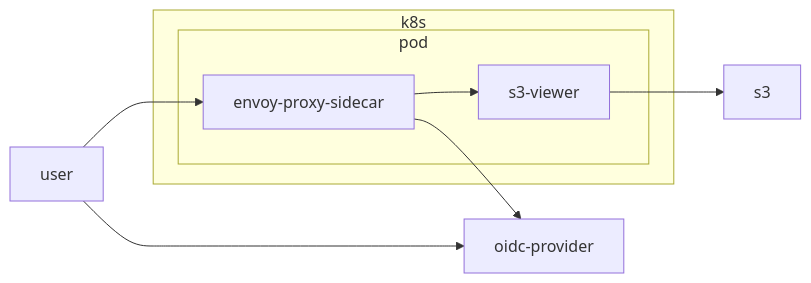
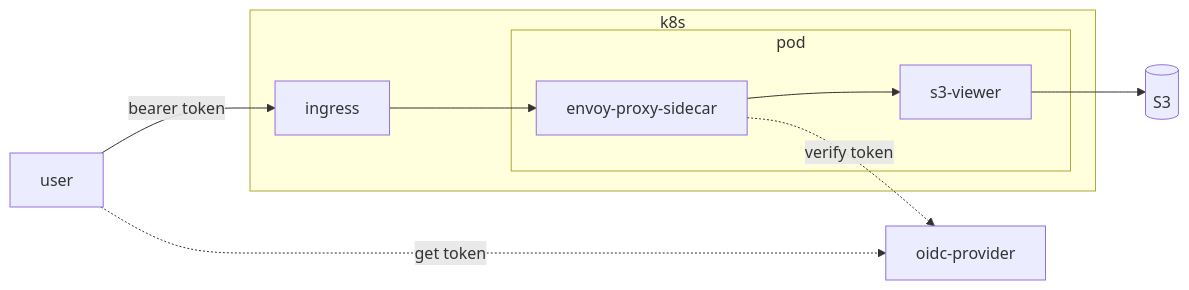
One commit to Debanshusam/s3-viewer-demo changed the diagram in readme.md. Above: the diagram before and after it, drawn with Mermaid. The commit also changed other lines of this file, not shown here.

````diff
--- a/readme.md
+++ b/readme.md
@@ -3,12 +3,16 @@
 ``` mermaid
 flowchart LR
     subgraph k8s
+        ingress
+        ingress-->envoy-proxy-sidecar
         subgraph pod
+            
             envoy-proxy-sidecar-->s3-viewer
         end
     end
-    user-->envoy-proxy-sidecar
-    user-->oidc-provider
-    envoy-proxy-sidecar-->oidc-provider
+    user-->|bearer token|ingress
+    user-.get token.->oidc-provider
+    envoy-proxy-sidecar-.verify token.->oidc-provider
+    s3[(S3)]
     s3-viewer-->s3
 ```
````
